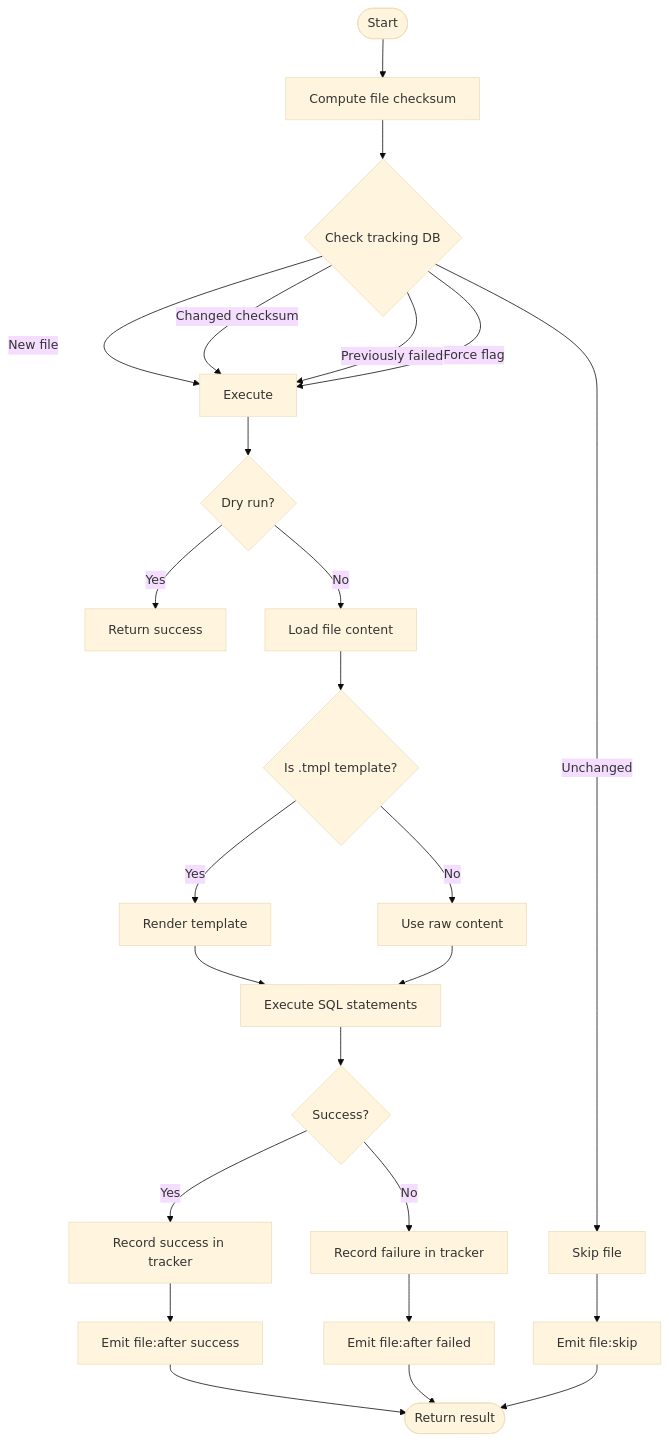
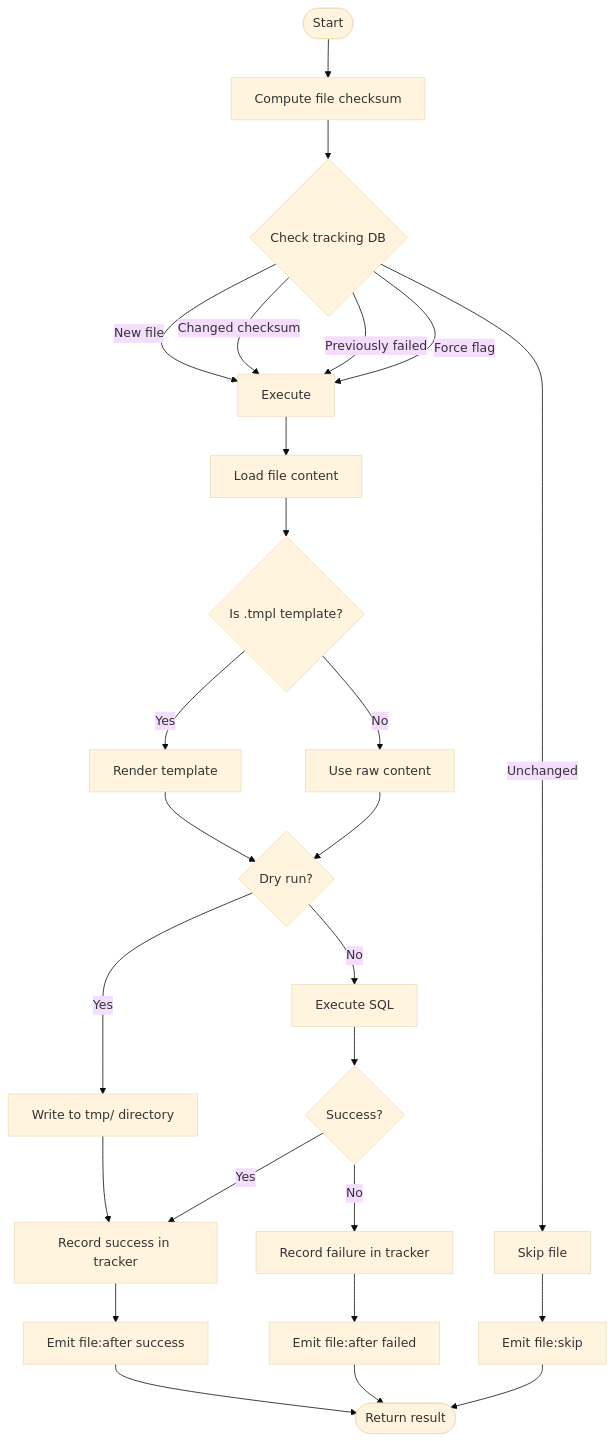
Before and after one commit to noormdev/noorm: the fourth of 5 diagrams in plan/runner.md, drawn with Mermaid (base theme). The commit also changed other lines of this file and 12 other files, not shown here.

````diff
--- a/plan/runner.md
+++ b/plan/runner.md
@@ -192,35 +248,38 @@
 ```mermaid
 flowchart TD
     Start([Start]) --> Hash[Compute file checksum]
     Hash --> Query{Check tracking DB}
 
     Query --> |New file| Execute
     Query --> |Changed checksum| Execute
     Query --> |Previously failed| Execute
     Query --> |Force flag| Execute
     Query --> |Unchanged| Skip[Skip file]
 
-    Execute --> DryRun{Dry run?}
-    DryRun --> |Yes| ReturnSuccess[Return success]
-    DryRun --> |No| LoadContent[Load file content]
+    Execute --> LoadContent[Load file content]
 
     LoadContent --> IsTemplate{Is .tmpl template?}
     IsTemplate --> |Yes| Render[Render template]
     IsTemplate --> |No| RawSQL[Use raw content]
 
-    Render --> ExecSQL[Execute SQL statements]
-    RawSQL --> ExecSQL
+    Render --> DryRun{Dry run?}
+    RawSQL --> DryRun
+
+    DryRun --> |Yes| WriteTmp[Write to tmp/ directory]
+    DryRun --> |No| ExecSQL[Execute SQL]
+
+    WriteTmp --> RecordSuccess[Record success in tracker]
 
     ExecSQL --> Result{Success?}
-    Result --> |Yes| RecordSuccess[Record success in tracker]
+    Result --> |Yes| RecordSuccess
     Result --> |No| RecordFailure[Record failure in tracker]
 
     RecordSuccess --> EmitSuccess[Emit file:after success]
     RecordFailure --> EmitFailure[Emit file:after failed]
 
     Skip --> EmitSkip[Emit file:skip]
 
     EmitSuccess --> End([Return result])
     EmitFailure --> End
     EmitSkip --> End
 ```
````
